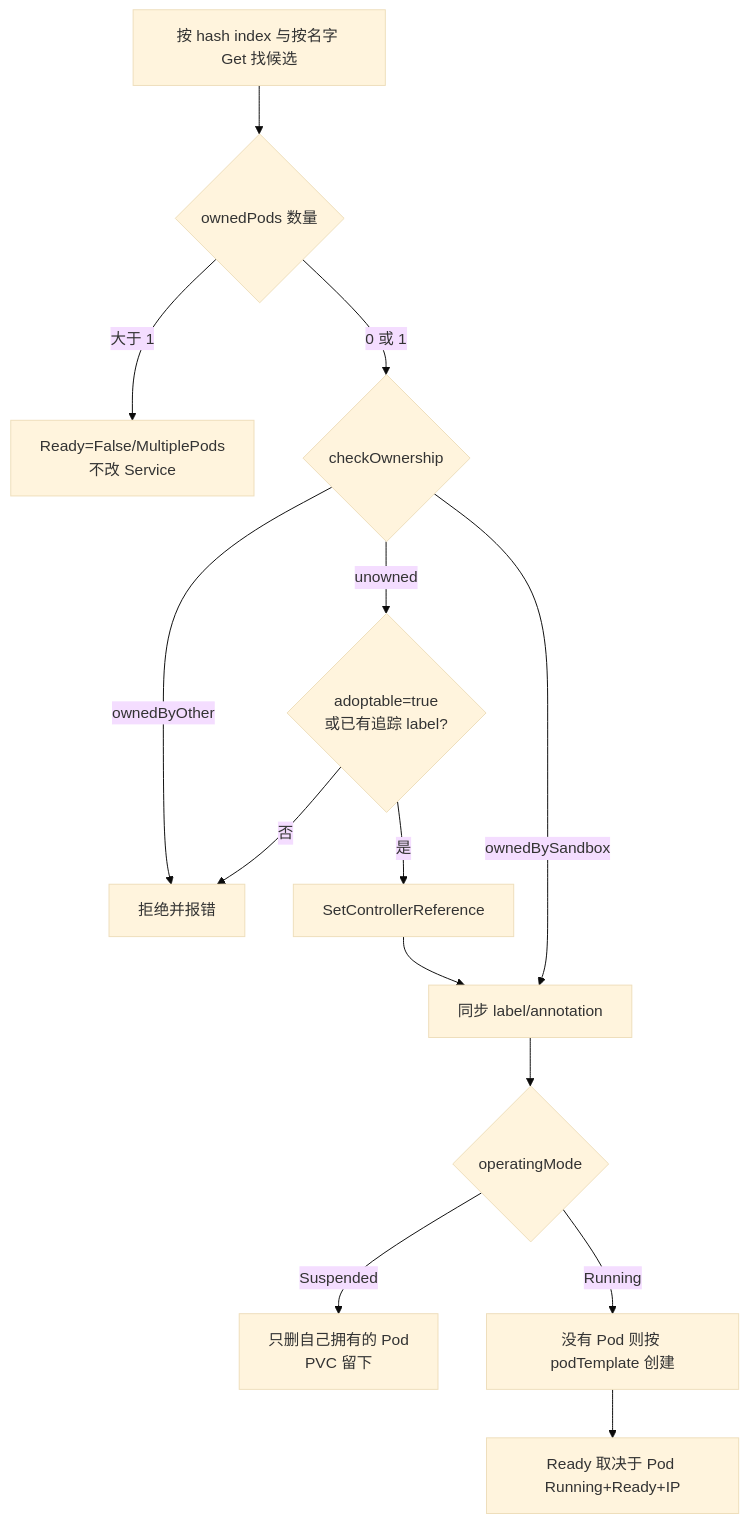
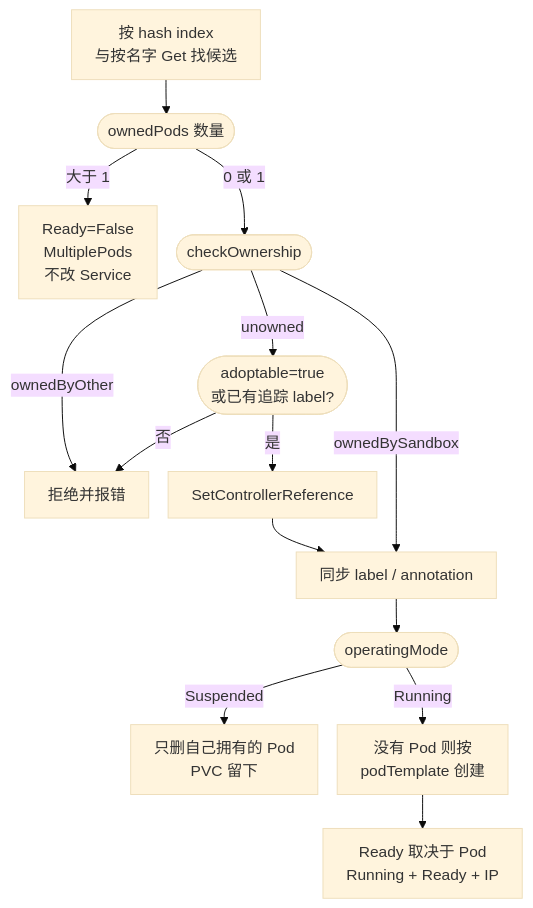
Before and after one commit to forrestIsRunning/kind-k8s-learning: the seventh of 11 diagrams in docs/agent-sandbox-operator.md, drawn with Mermaid (base theme). The commit also changed other lines of this file and 2 other files, not shown here.

Commit message:
Stop mermaid diagrams from clipping labels and bottoms.

````diff
--- a/docs/agent-sandbox-operator.md
+++ b/docs/agent-sandbox-operator.md
@@ -201,18 +268,28 @@
 ```mermaid
+---
+config:
+  flowchart:
+    htmlLabels: true
+    wrappingWidth: 200
+    padding: 12
+    useMaxWidth: false
+    rankSpacing: 35
+    nodeSpacing: 20
+---
 flowchart TD
-  FIND["按 hash index 与按名字 Get 找候选"]
-  FIND --> N{"ownedPods 数量"}
-  N -->|大于 1| M["Ready=False/MultiplePods<br/>不改 Service"]
-  N -->|0 或 1| OWN{"checkOwnership"}
+  FIND["按 hash index<br/>与按名字 Get 找候选"]
+  FIND --> N(["ownedPods 数量"])
+  N -->|大于 1| M["Ready=False<br/>MultiplePods<br/>不改 Service"]
+  N -->|0 或 1| OWN(["checkOwnership"])
   OWN -->|ownedByOther| R["拒绝并报错"]
-  OWN -->|unowned| AUTH{"adoptable=true<br/>或已有追踪 label?"}
+  OWN -->|unowned| AUTH(["adoptable=true<br/>或已有追踪 label?"])
   AUTH -->|否| R
   AUTH -->|是| ADOPT["SetControllerReference"]
-  OWN -->|ownedBySandbox| SYNC["同步 label/annotation"]
-  MODE{"operatingMode"}
+  OWN -->|ownedBySandbox| SYNC["同步 label / annotation"]
+  MODE(["operatingMode"])
   MODE -->|Suspended| DEL["只删自己拥有的 Pod<br/>PVC 留下"]
-  MODE -->|Running| CREATE["没有 Pod 则按 podTemplate 创建"]
+  MODE -->|Running| CREATE["没有 Pod 则按<br/>podTemplate 创建"]
   ADOPT --> SYNC
   SYNC --> MODE
-  CREATE --> READY["Ready 取决于 Pod Running+Ready+IP"]
+  CREATE --> READY["Ready 取决于 Pod<br/>Running + Ready + IP"]
 ```
````
